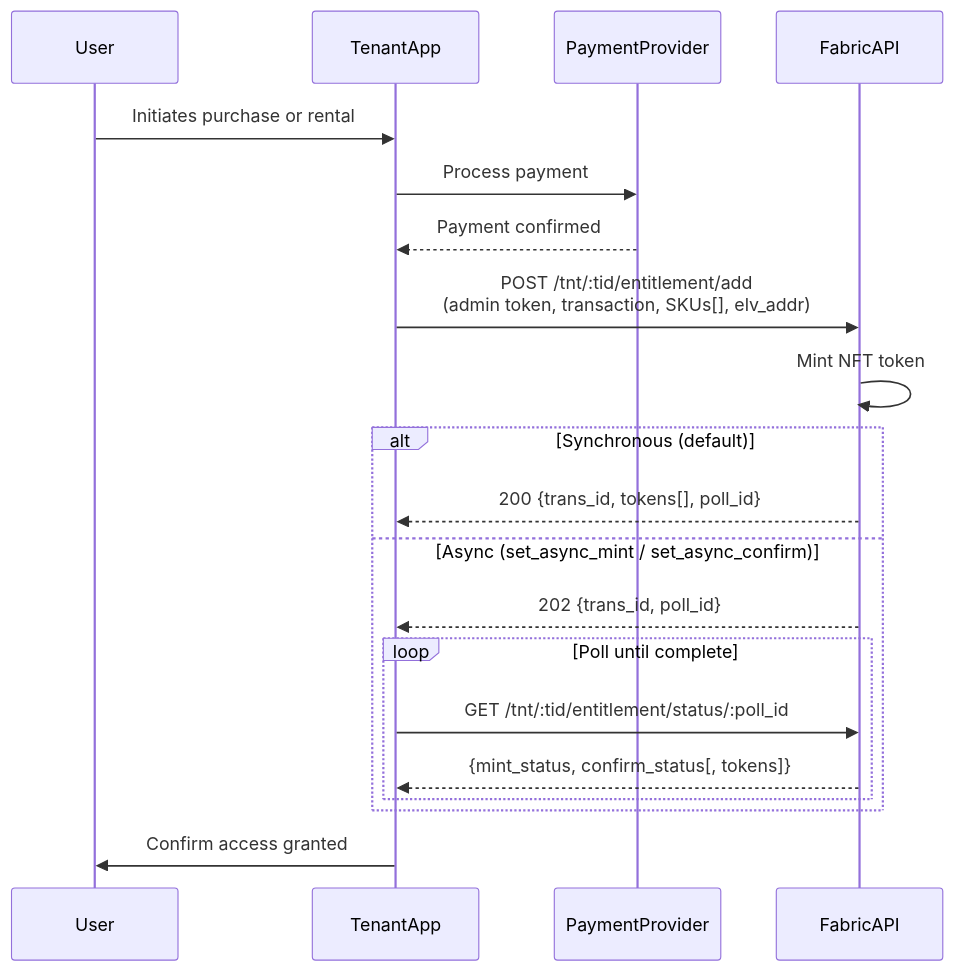
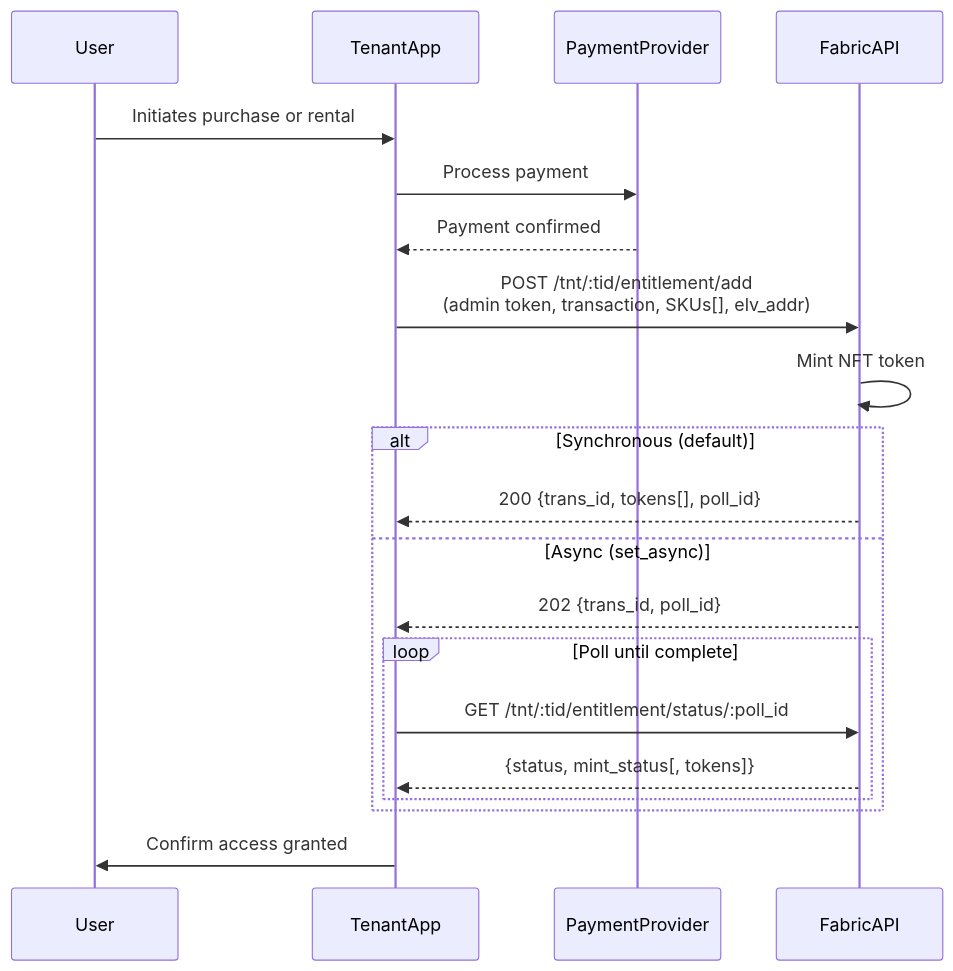
Before and after one commit to eluv-io/elv-docs: the diagram in media-wallet/purchase/entitlements/README.md, drawn with Mermaid. The commit also changed 1 other file, not shown here.

Commit message:
update docs to single field and single status

````diff
--- a/media-wallet/purchase/entitlements/README.md
+++ b/media-wallet/purchase/entitlements/README.md
@@ -10,25 +10,25 @@
 ```mermaid
 sequenceDiagram
     participant User
     participant TenantApp
     participant PaymentProvider
     participant FabricAPI
 
     User->>TenantApp: Initiates purchase or rental
     TenantApp->>PaymentProvider: Process payment
     PaymentProvider-->>TenantApp: Payment confirmed
     TenantApp->>FabricAPI: POST /tnt/:tid/entitlement/add<br/>(admin token, transaction, SKUs[], elv_addr)
     FabricAPI->>FabricAPI: Mint NFT token
 
     alt Synchronous (default)
         FabricAPI-->>TenantApp: 200 {trans_id, tokens[], poll_id}
-    else Async (set_async_mint / set_async_confirm)
+    else Async (set_async)
         FabricAPI-->>TenantApp: 202 {trans_id, poll_id}
         loop Poll until complete
             TenantApp->>FabricAPI: GET /tnt/:tid/entitlement/status/:poll_id
-            FabricAPI-->>TenantApp: {mint_status, confirm_status[, tokens]}
+            FabricAPI-->>TenantApp: {status, mint_status[, tokens]}
         end
     end
 
     TenantApp->>User: Confirm access granted
 ```
````
